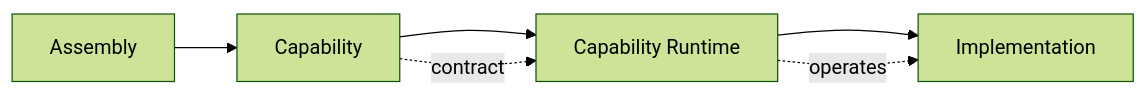
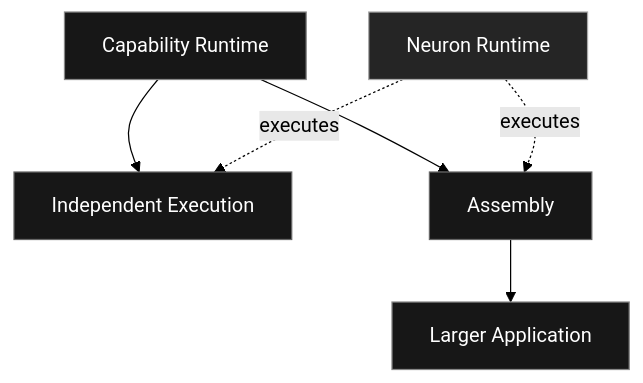
Before and after one commit to neuron-runtime/.github: the diagram in profile/README.md, drawn with Mermaid (forest theme). The commit also changed other lines of this file, not shown here.

````diff
--- a/profile/README.md
+++ b/profile/README.md
@@ -54,9 +19,16 @@
 ```mermaid
-flowchart LR
-    A["Assembly"] --> B["Capability"]
-    B --> C["Capability Runtime"]
-    C --> D["Implementation"]
+flowchart TD
+    A["Capability Runtime"]
+    A --> B["Independent Execution"]
+    A --> C["Assembly"]
+    C --> D["Larger Application"]
 
-    B -. "contract" .-> C
-    C -. "operates" .-> D
+    E["Neuron Runtime"] -. "executes" .-> B
+    E -. "executes" .-> C
+
+    style A fill:#171717,stroke:#888,color:#fff
+    style B fill:#171717,stroke:#666,color:#fff
+    style C fill:#171717,stroke:#666,color:#fff
+    style D fill:#171717,stroke:#888,color:#fff
+    style E fill:#252525,stroke:#aaa,color:#fff
 ```
````
